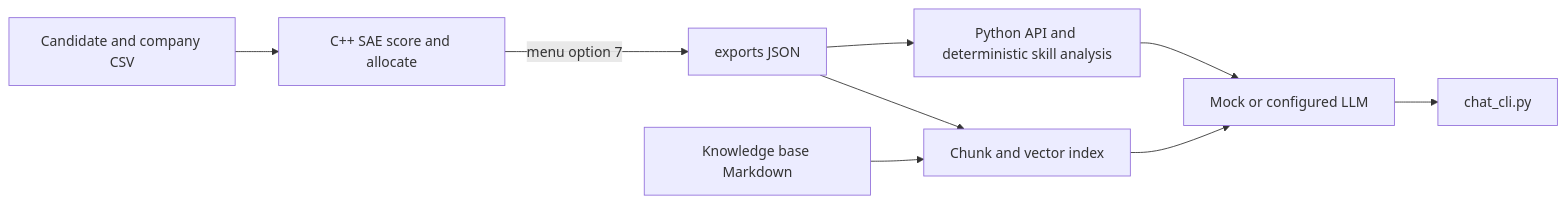
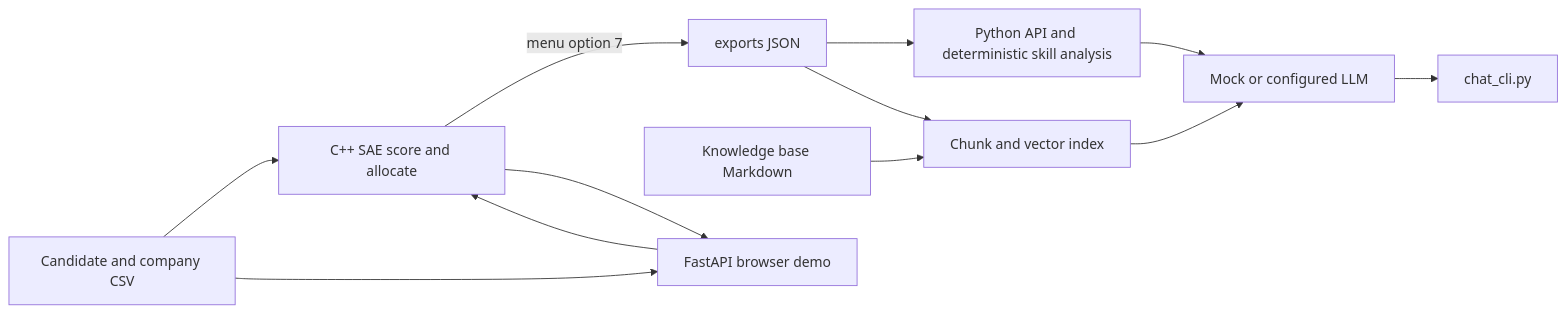
One commit to developmentwithparth1311/FairSeat changed the diagram in README.md. Above: the diagram before and after it, drawn with Mermaid. The commit also changed other lines of this file and 7 other files, not shown here.

Commit message:
Update project documentation, roadmap, decisions, and add project handoff guide

````diff
--- a/README.md
+++ b/README.md
@@ -135,11 +170,14 @@
 ```mermaid
 flowchart LR
   CSV[Candidate and company CSV] --> SAE[C++ SAE score and allocate]
   SAE -->|menu option 7| JSON[exports JSON]
   JSON --> API[Python API and deterministic skill analysis]
   KB[Knowledge base Markdown] --> INDEX[Chunk and vector index]
   JSON --> INDEX
   API --> CHAT[Mock or configured LLM]
   INDEX --> CHAT
   CHAT --> CLI[chat_cli.py]
+  CSV --> WEB[FastAPI browser demo]
+  WEB --> SAE
+  SAE --> WEB
 ```
````
